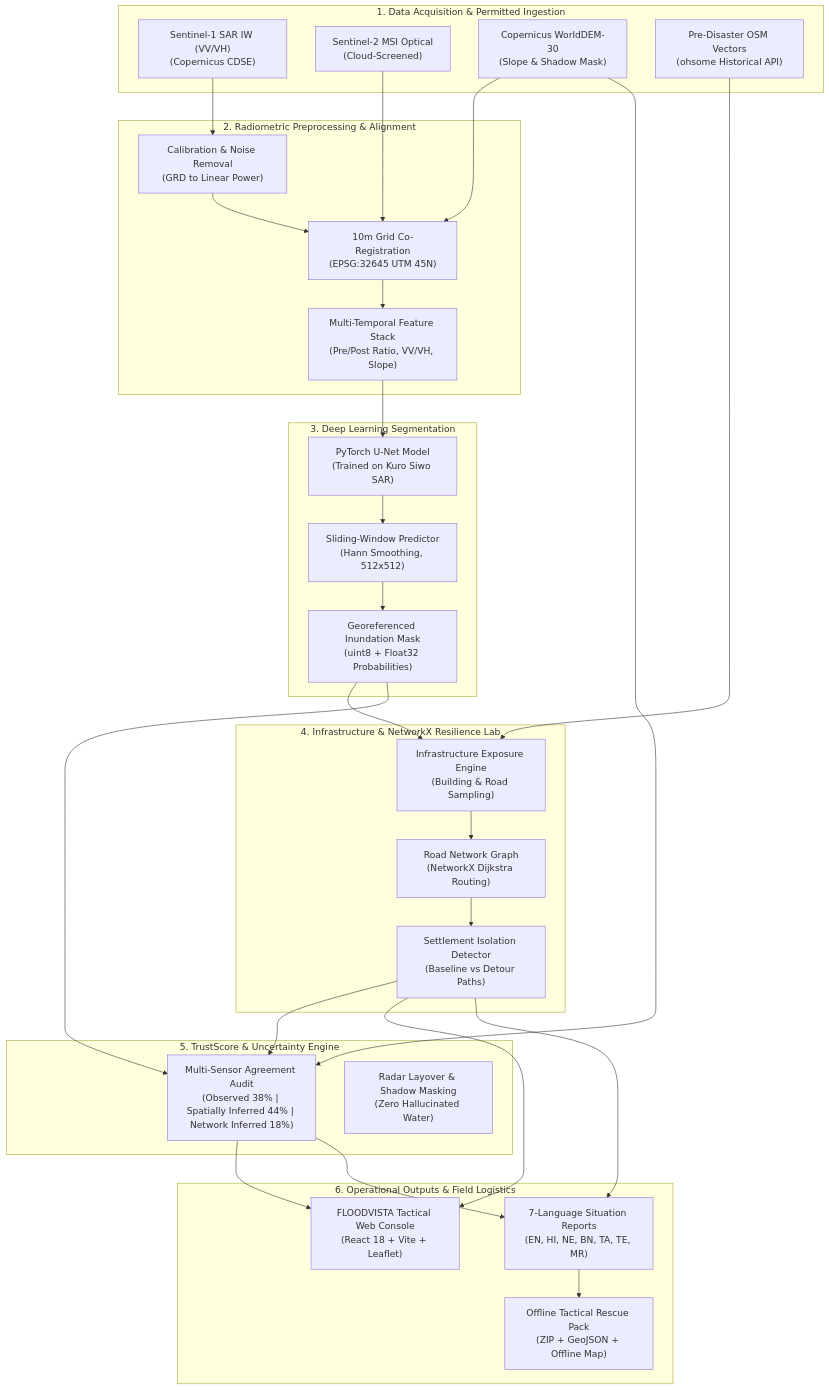
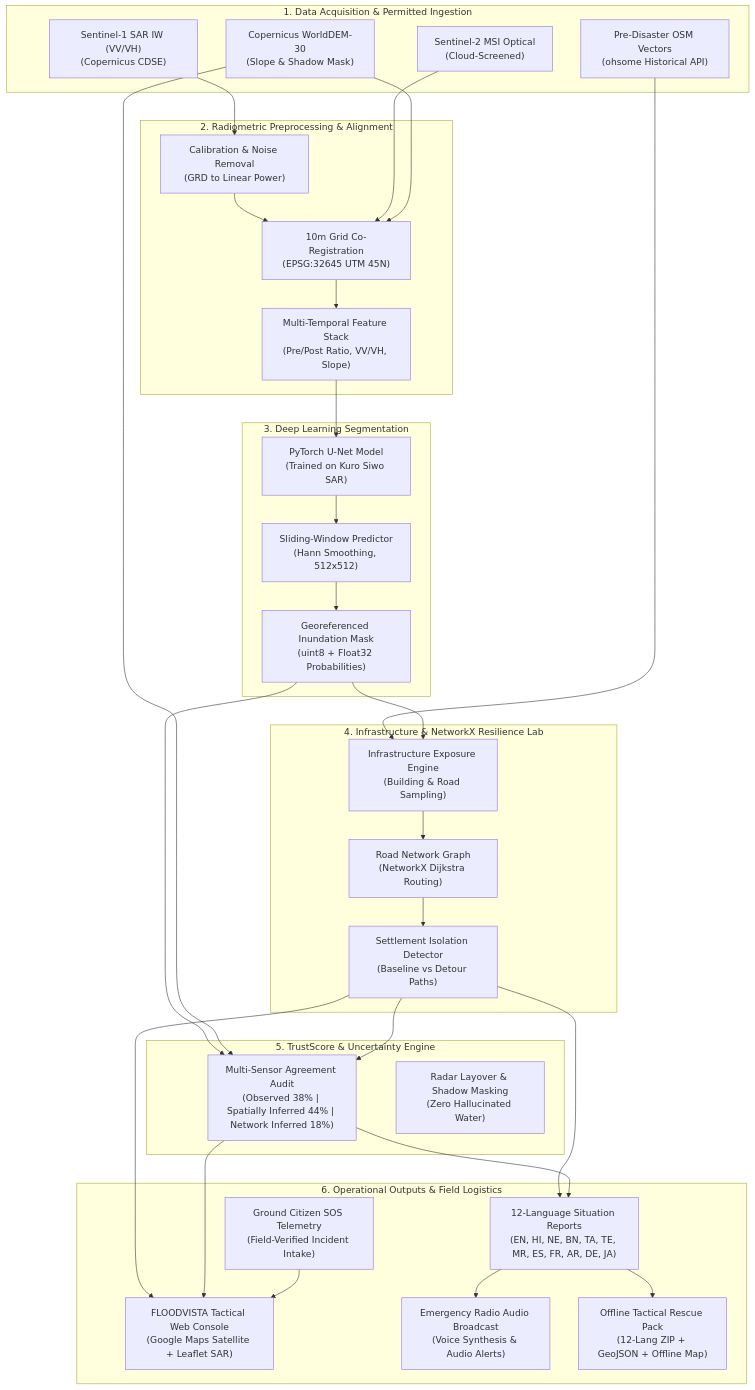
Before and after one commit to codexanjan/floodvista-mah: the diagram in README.md, drawn with Mermaid. The commit also changed other lines of this file and 6 other files, not shown here.

Commit message:
feat: update UI menu bar single tab maps and 12-language sitrep

````diff
--- a/README.md
+++ b/README.md
@@ -71,52 +72,56 @@
 ```mermaid
 flowchart TD
     subgraph DataIngestion ["1. Data Acquisition & Permitted Ingestion"]
         S1["Sentinel-1 SAR IW (VV/VH)<br/>(Copernicus CDSE)"]
         S2["Sentinel-2 MSI Optical<br/>(Cloud-Screened)"]
         DEM["Copernicus WorldDEM-30<br/>(Slope & Shadow Mask)"]
         OSM["Pre-Disaster OSM Vectors<br/>(ohsome Historical API)"]
     end
 
     subgraph Preprocessing ["2. Radiometric Preprocessing & Alignment"]
         CAL["Calibration & Noise Removal<br/>(GRD to Linear Power)"]
         REG["10m Grid Co-Registration<br/>(EPSG:32645 UTM 45N)"]
         FEAT["Multi-Temporal Feature Stack<br/>(Pre/Post Ratio, VV/VH, Slope)"]
     end
 
     subgraph DeepLearning ["3. Deep Learning Segmentation"]
         UNET["PyTorch U-Net Model<br/>(Trained on Kuro Siwo SAR)"]
         TILE["Sliding-Window Predictor<br/>(Hann Smoothing, 512x512)"]
         MASK["Georeferenced Inundation Mask<br/>(uint8 + Float32 Probabilities)"]
     end
 
     subgraph ResilienceLab ["4. Infrastructure & NetworkX Resilience Lab"]
         EXP["Infrastructure Exposure Engine<br/>(Building & Road Sampling)"]
         GRAPH["Road Network Graph<br/>(NetworkX Dijkstra Routing)"]
         ISOL["Settlement Isolation Detector<br/>(Baseline vs Detour Paths)"]
     end
 
     subgraph TrustEngine ["5. TrustScore & Uncertainty Engine"]
         TRUST["Multi-Sensor Agreement Audit<br/>(Observed 38% | Spatially Inferred 44% | Network Inferred 18%)"]
         SHADOW["Radar Layover & Shadow Masking<br/>(Zero Hallucinated Water)"]
     end
 
     subgraph OperationalOutput ["6. Operational Outputs & Field Logistics"]
-        UI["FLOODVISTA Tactical Web Console<br/>(React 18 + Vite + Leaflet)"]
-        SITREP["7-Language Situation Reports<br/>(EN, HI, NE, BN, TA, TE, MR)"]
-        PACK["Offline Tactical Rescue Pack<br/>(ZIP + GeoJSON + Offline Map)"]
+        UI["FLOODVISTA Tactical Web Console<br/>(Google Maps Satellite + Leaflet SAR)"]
+        SITREP["12-Language Situation Reports<br/>(EN, HI, NE, BN, TA, TE, MR, ES, FR, AR, DE, JA)"]
+        BROADCAST["Emergency Radio Audio Broadcast<br/>(Voice Synthesis & Audio Alerts)"]
+        SOS["Ground Citizen SOS Telemetry<br/>(Field-Verified Incident Intake)"]
+        PACK["Offline Tactical Rescue Pack<br/>(12-Lang ZIP + GeoJSON + Offline Map)"]
     end
 
     S1 --> CAL --> REG --> FEAT
     S2 --> REG
     DEM --> REG
     FEAT --> UNET --> TILE --> MASK
     OSM --> EXP
     MASK --> EXP --> GRAPH --> ISOL
     MASK --> TRUST
     DEM --> TRUST
     ISOL --> TRUST
     ISOL --> UI
     TRUST --> UI
     ISOL --> SITREP --> PACK
     TRUST --> SITREP
+    SITREP --> BROADCAST
+    SOS --> UI
 ```
````
